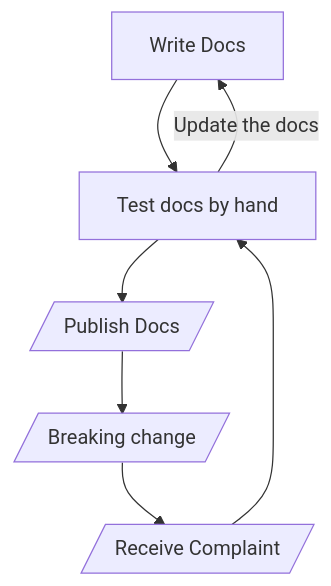
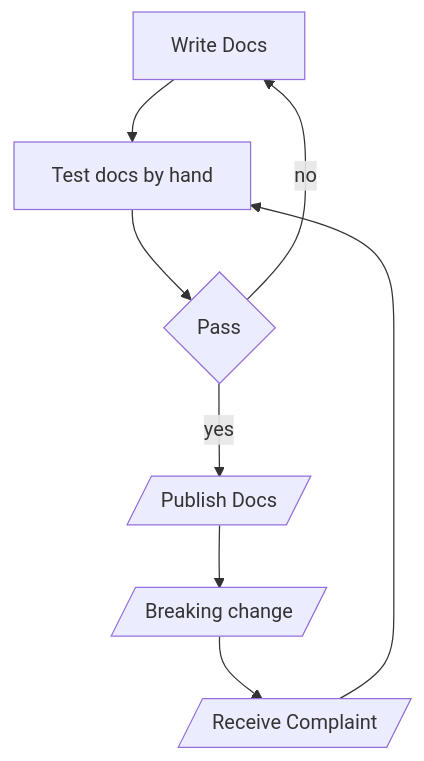
One commit to DanRoscigno/SingleSourceCodeTestingAndDocs changed the first of 2 diagrams in README.md. Above: the diagram before and after it, drawn with Mermaid. The commit also changed 1 other file, not shown here.

Commit message:
update flowchart

````diff
--- a/README.md
+++ b/README.md
@@ -17,11 +17,14 @@
 ```mermaid
 flowchart TD
 
 C[Write Docs]--> 
-E[Test docs by hand] -- Update the docs -->C
-E -->J
+E[Test docs by hand]
+E -->G
+G{Pass}
+G -- yes -->J
+G -- no -->C
 J[/Publish Docs/] -->
 M[/Breaking change/] -->
 P[/Receive Complaint/] 
 --> E
 ```
````
